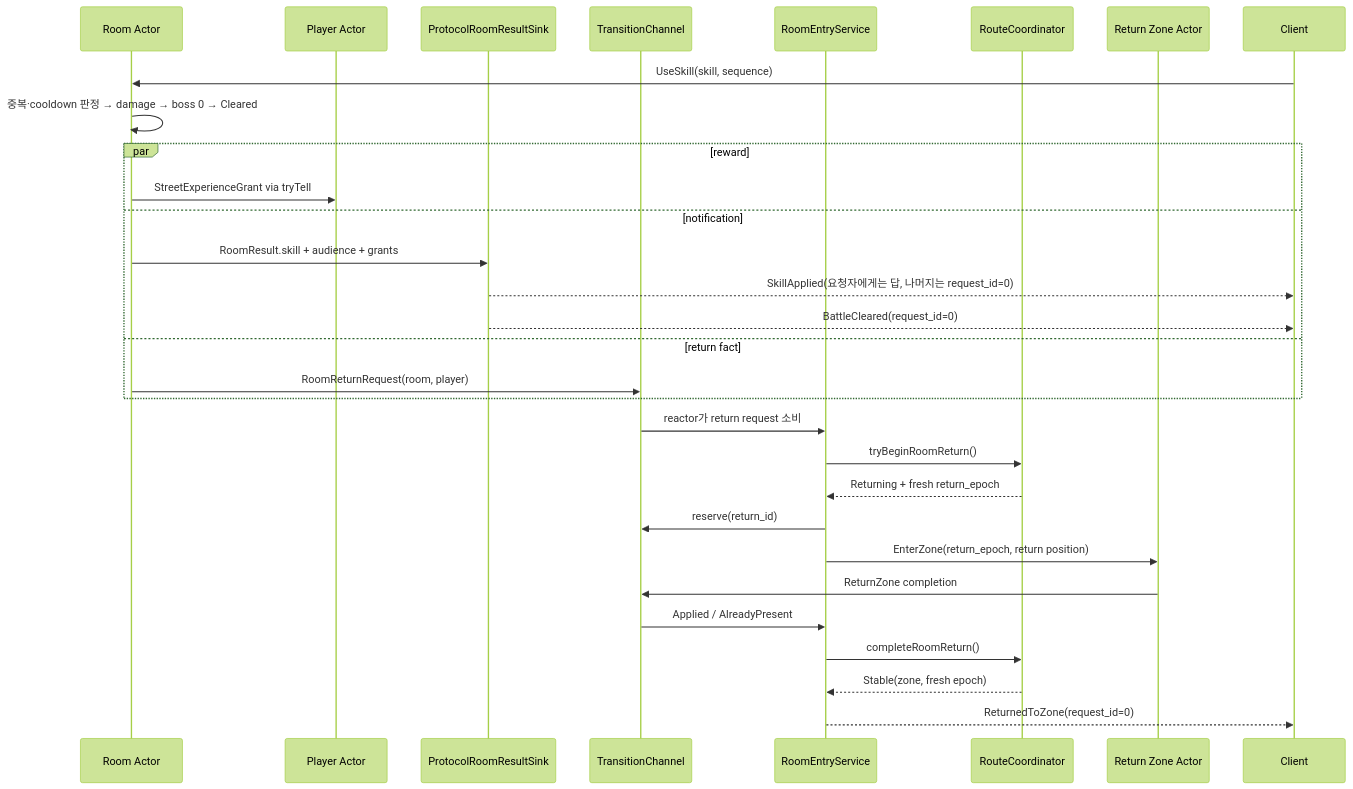
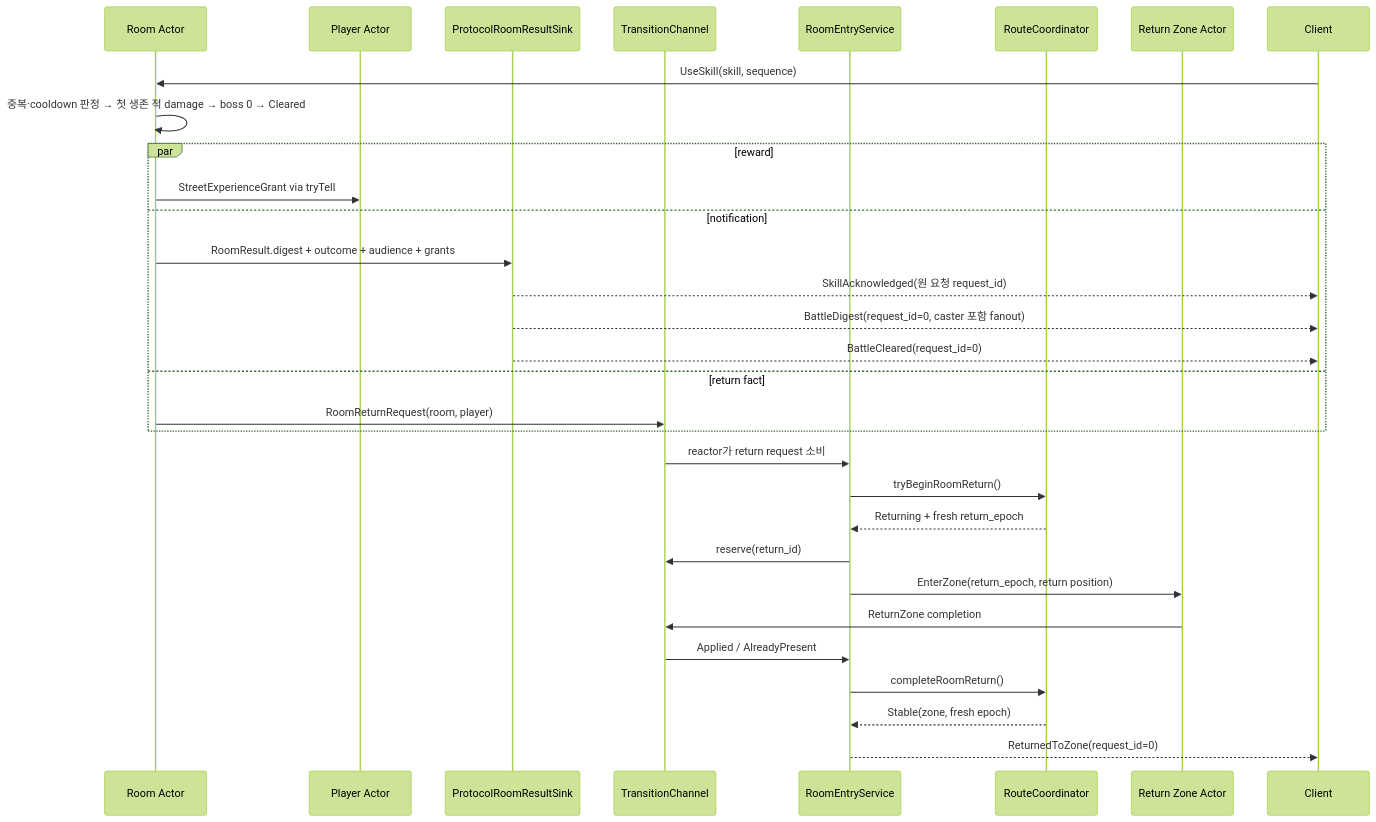
One commit to oak-cassia/SnF changed the fourth of 5 diagrams in docs/actor-interaction-architecture.md. Above: the diagram before and after it, drawn with Mermaid (forest theme). The commit also changed other lines of this file and 23 other files, not shown here.

Commit message:
feat(game): tick Room waves and publish battle digests

````diff
--- a/docs/actor-interaction-architecture.md
+++ b/docs/actor-interaction-architecture.md
@@ -298,33 +303,34 @@
 ```mermaid
 sequenceDiagram
     participant R as Room Actor
     participant P as Player Actor
     participant PS as ProtocolRoomResultSink
     participant Q as TransitionChannel
     participant S as RoomEntryService
     participant RC as RouteCoordinator
     participant Z as Return Zone Actor
     participant C as Client
 
     C->>R: UseSkill(skill, sequence)
-    R->>R: 중복·cooldown 판정 → damage → boss 0 → Cleared
+    R->>R: 중복·cooldown 판정 → 첫 생존 적 damage → boss 0 → Cleared
     par reward
         R->>P: StreetExperienceGrant via tryTell
     and notification
-        R->>PS: RoomResult.skill + audience + grants
-        PS-->>C: SkillApplied(요청자에게는 답, 나머지는 request_id=0)
+        R->>PS: RoomResult.digest + outcome + audience + grants
+        PS-->>C: SkillAcknowledged(원 요청 request_id)
+        PS-->>C: BattleDigest(request_id=0, caster 포함 fanout)
         PS-->>C: BattleCleared(request_id=0)
     and return fact
         R->>Q: RoomReturnRequest(room, player)
     end
     Q->>S: reactor가 return request 소비
     S->>RC: tryBeginRoomReturn()
     RC-->>S: Returning + fresh return_epoch
     S->>Q: reserve(return_id)
     S->>Z: EnterZone(return_epoch, return position)
     Z->>Q: ReturnZone completion
     Q->>S: Applied / AlreadyPresent
     S->>RC: completeRoomReturn()
     RC-->>S: Stable(zone, fresh epoch)
     S-->>C: ReturnedToZone(request_id=0)
 ```
````
